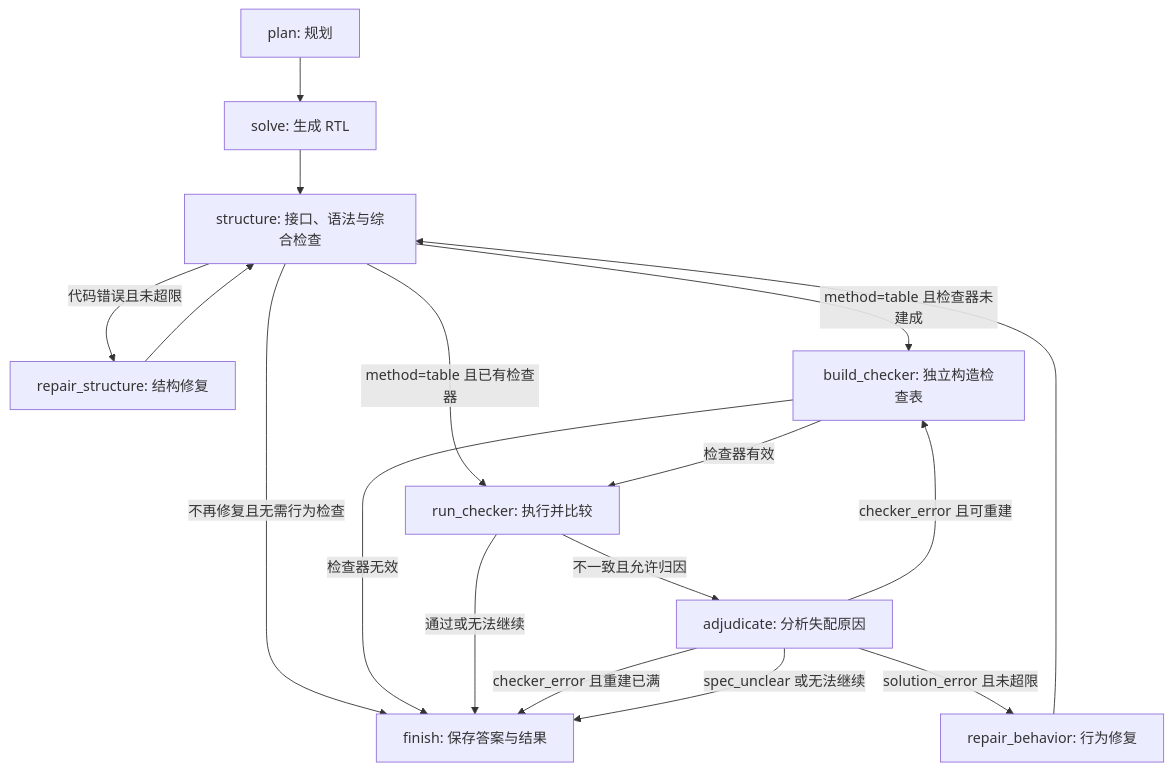
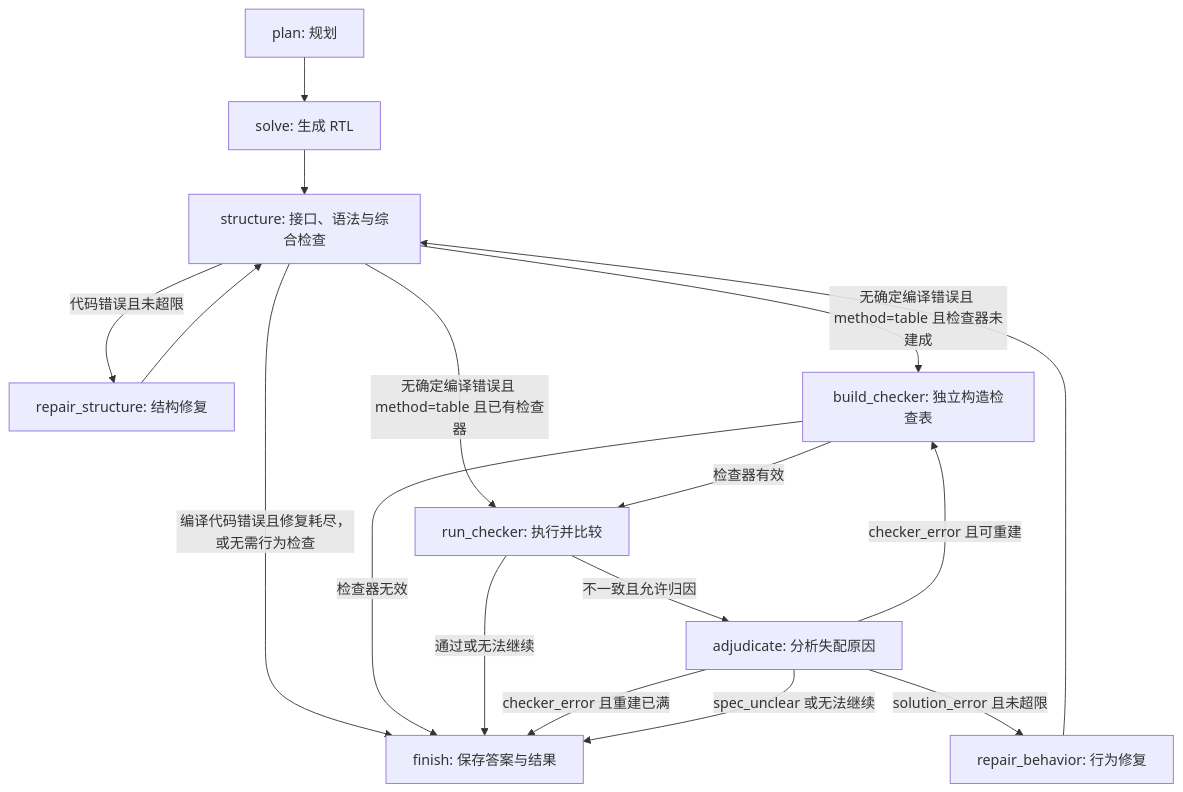
Before and after one commit to gugugu531/43240_rtlagent: the diagram in docs/guided-verify.md, drawn with Mermaid. The commit also changed other lines of this file and 13 other files, not shown here.

````diff
--- a/docs/guided-verify.md
+++ b/docs/guided-verify.md
@@ -21,19 +21,19 @@
 ```mermaid
 flowchart TD
     P[plan: 规划] --> S[solve: 生成 RTL]
     S --> C[structure: 接口、语法与综合检查]
     C -->|代码错误且未超限| R1[repair_structure: 结构修复]
     R1 --> C
-    C -->|method=table 且检查器未建成| B[build_checker: 独立构造检查表]
-    C -->|method=table 且已有检查器| X[run_checker: 执行并比较]
-    C -->|不再修复且无需行为检查| F[finish: 保存答案与结果]
+    C -->|无确定编译错误且 method=table 且检查器未建成| B[build_checker: 独立构造检查表]
+    C -->|无确定编译错误且 method=table 且已有检查器| X[run_checker: 执行并比较]
+    C -->|编译代码错误且修复耗尽，或无需行为检查| F[finish: 保存答案与结果]
     B -->|检查器无效| F
     B -->|检查器有效| X
     X -->|通过或无法继续| F
     X -->|不一致且允许归因| A[adjudicate: 分析失配原因]
     A -->|solution_error 且未超限| R2[repair_behavior: 行为修复]
     R2 --> C
     A -->|checker_error 且可重建| B
     A -->|checker_error 且重建已满| F
     A -->|spec_unclear 或无法继续| F
 ```
````
